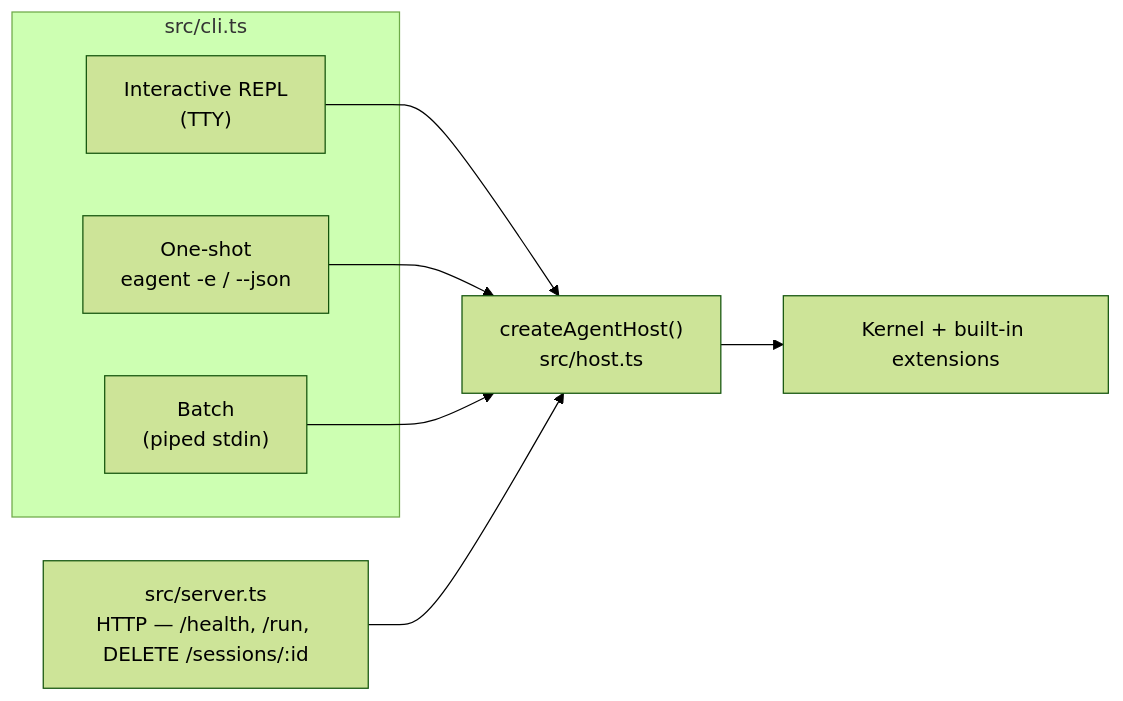
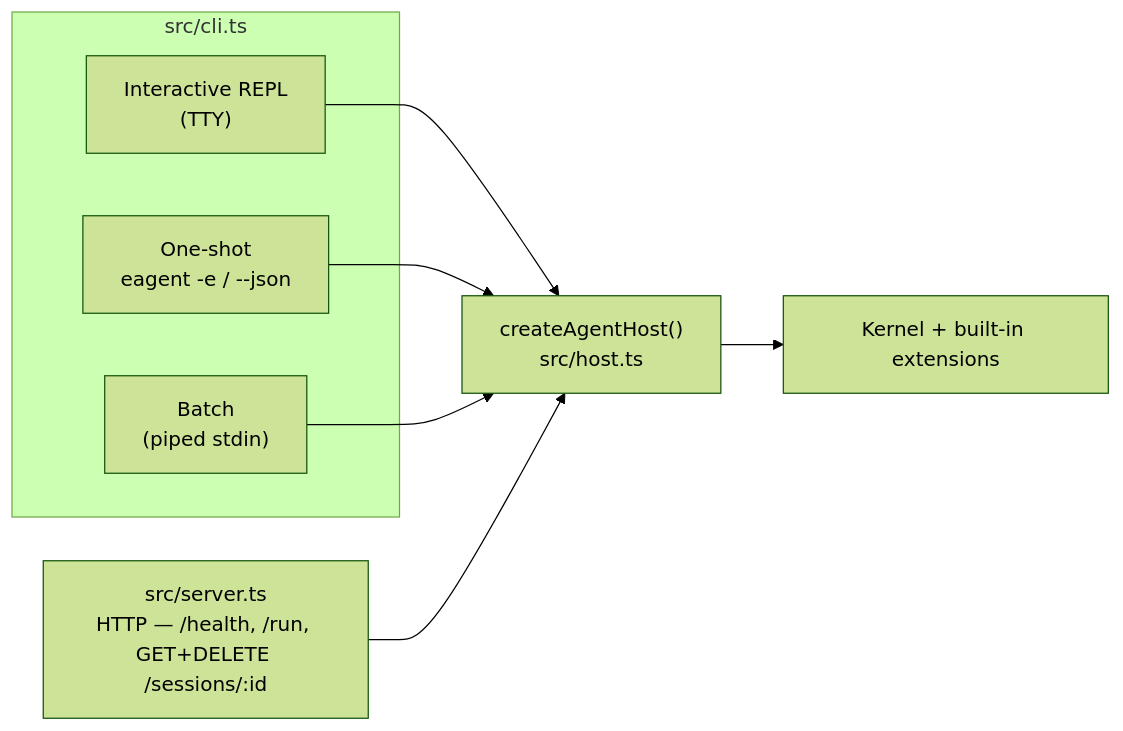
Before and after one commit to caohaotiantian/EAgent: the fifth of 5 diagrams in README.md, drawn with Mermaid (forest theme). The commit also changed other lines of this file and 7 other files, not shown here.

````diff
--- a/README.md
+++ b/README.md
@@ -325,16 +325,16 @@
 ```mermaid
 flowchart LR
     subgraph CLI["src/cli.ts"]
         REPL["Interactive REPL<br/>(TTY)"]
         ONE["One-shot<br/>eagent -e / --json"]
         BATCH["Batch<br/>(piped stdin)"]
     end
-    SRV["src/server.ts<br/>HTTP — /health, /run, DELETE /sessions/:id"]
+    SRV["src/server.ts<br/>HTTP — /health, /run, GET+DELETE /sessions/:id"]
     HOST["createAgentHost()<br/>src/host.ts"]
     K["Kernel + built-in extensions"]
     REPL --> HOST
     ONE --> HOST
     BATCH --> HOST
     SRV --> HOST
     HOST --> K
 ```
````
